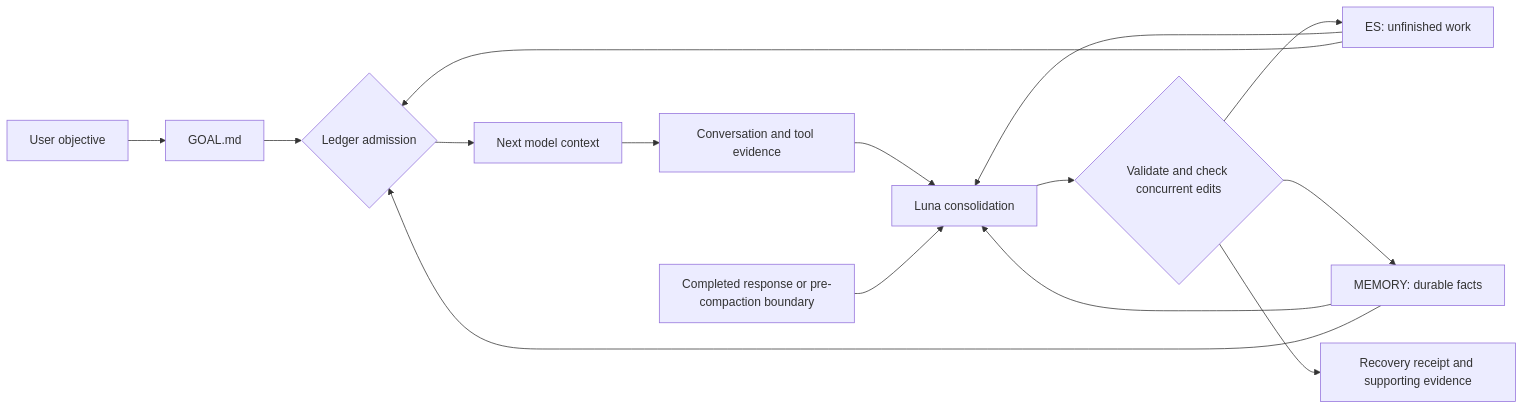
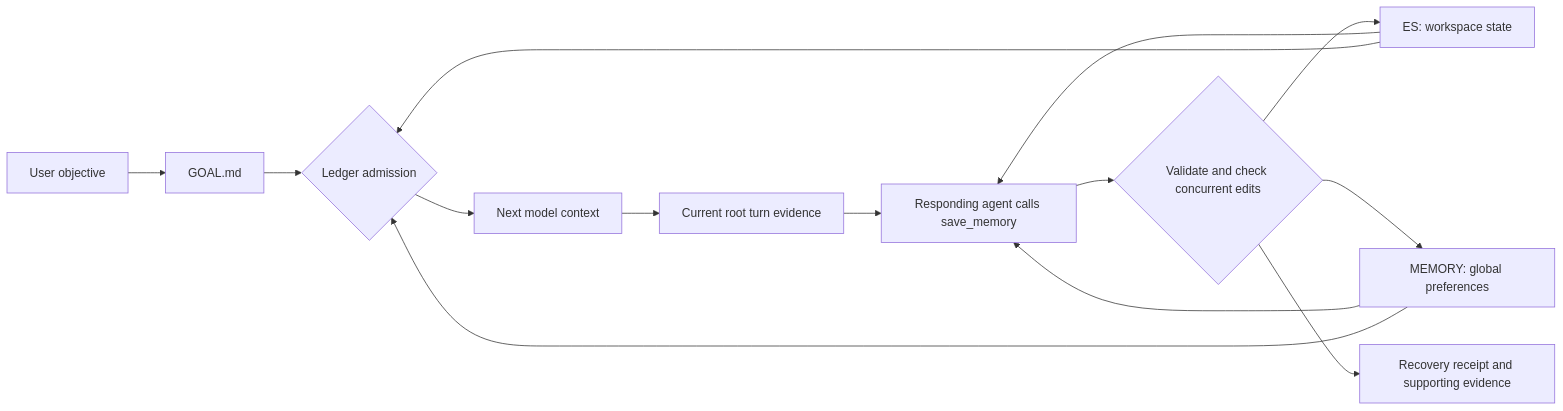
One commit to MasihMoafi/Elpis changed the second of 2 diagrams in docs/context.md. Above: the diagram before and after it, drawn with Mermaid. The commit also changed other lines of this file and 20 other files, not shown here.

First line of the commit message:
Replace auxiliary memory consolidation with guarded agent saves

````diff
--- a/docs/context.md
+++ b/docs/context.md
@@ -126,17 +126,16 @@
 ```mermaid
 flowchart LR
     U[User objective] --> G[GOAL.md]
-    H[Conversation and tool evidence] --> S[Luna consolidation]
-    B[Completed response or pre-compaction boundary] --> S
-    E[ES: unfinished work] --> S
-    M[MEMORY: durable facts] --> S
+    H[Current root turn evidence] --> S[Responding agent calls save_memory]
+    E[ES: workspace state] --> S
+    M[MEMORY: global preferences] --> S
     S --> V{Validate and check concurrent edits}
     V --> E
     V --> M
     V --> R[Recovery receipt and supporting evidence]
     G --> A{Ledger admission}
     E --> A
     M --> A
     A --> C[Next model context]
     C --> H
 ```
````
